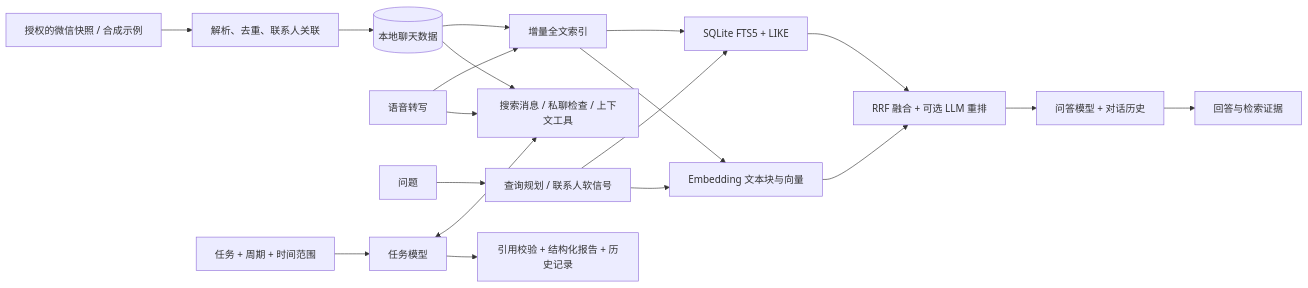
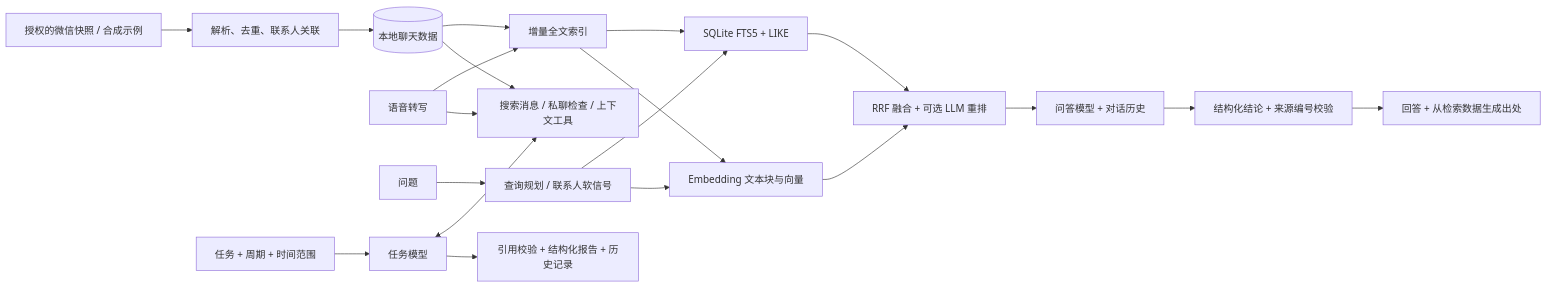
One commit to Fongkai777/wechat-agent changed the diagram in README.zh-CN.md. Above: the diagram before and after it, drawn with Mermaid. The commit also changed other lines of this file and 17 other files, not shown here.

````diff
--- a/README.zh-CN.md
+++ b/README.zh-CN.md
@@ -26,21 +26,22 @@
 ```mermaid
 flowchart LR
     A[授权的微信快照 / 合成示例] --> B[解析、去重、联系人关联]
     B --> D[(本地聊天数据)]
     V[语音转写] --> I[增量全文索引]
     D --> I
     I --> F[SQLite FTS5 + LIKE]
     I --> E[Embedding 文本块与向量]
     Q[问题] --> P[查询规划 / 联系人软信号]
     P --> F
     P --> E
     F --> R[RRF 融合 + 可选 LLM 重排]
     E --> R
     R --> G[问答模型 + 对话历史]
-    G --> U[回答与检索证据]
+    G --> K[结构化结论 + 来源编号校验]
+    K --> U[回答 + 从检索数据生成出处]
     D --> T[搜索消息 / 私聊检查 / 上下文工具]
     V --> T
     C[任务 + 周期 + 时间范围] --> H[任务模型]
     H <--> T
     H --> J[引用校验 + 结构化报告 + 历史记录]
 ```
````
